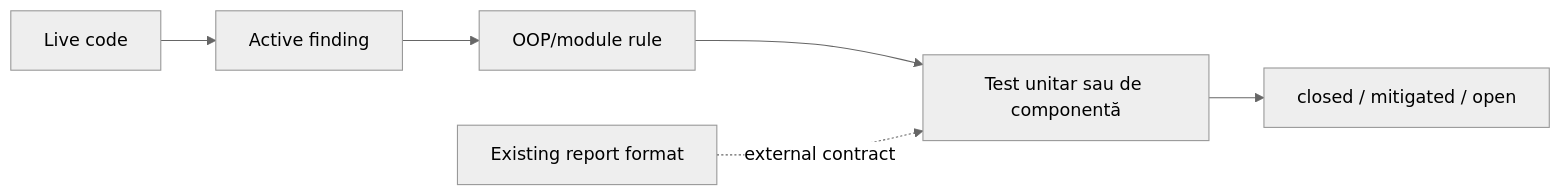
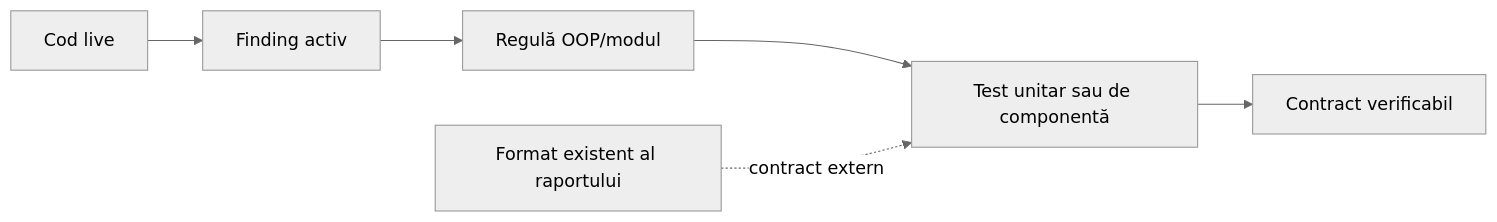
The diagram in docs/feedback/README.md (crististefanita/CS1), drawn with Mermaid (neutral theme) before and after one commit. The commit also changed other lines of this file and 109 other files, not shown here.

````diff
--- a/docs/feedback/README.md
+++ b/docs/feedback/README.md
@@ -21,8 +27,8 @@
 ```mermaid
 flowchart LR
-    Code[Live code] --> Finding[Active finding]
-    Finding --> Rule[OOP/module rule]
+    Code[Cod live] --> Finding[Finding activ]
+    Finding --> Rule[Regulă OOP/modul]
     Rule --> Test[Test unitar sau de componentă]
-    Test --> Status[closed / mitigated / open]
-    Format[Existing report format] -. external contract .-> Test
+    Test --> Contract[Contract verificabil]
+    Format[Format existent al raportului] -. contract extern .-> Test
 ```
````
